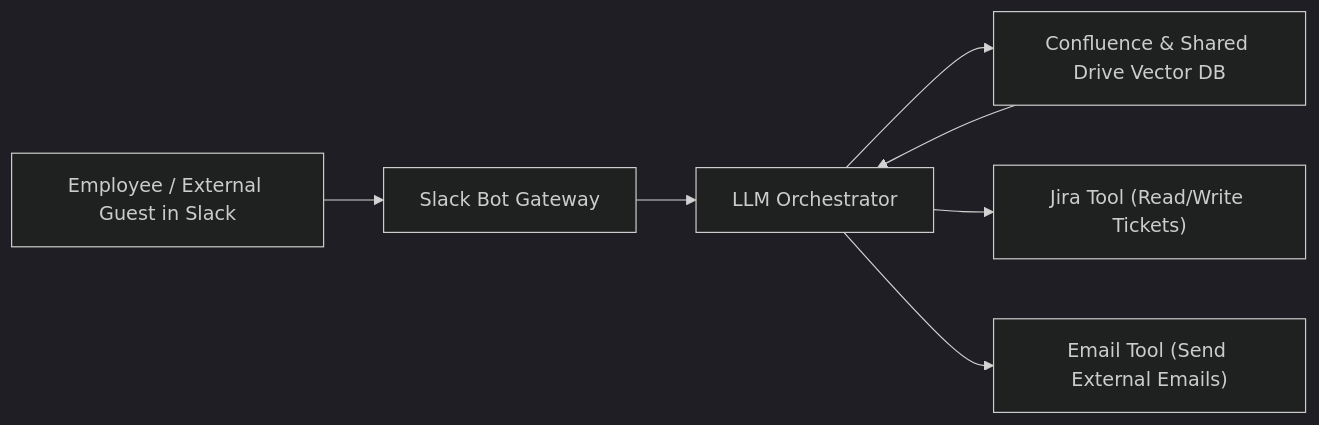
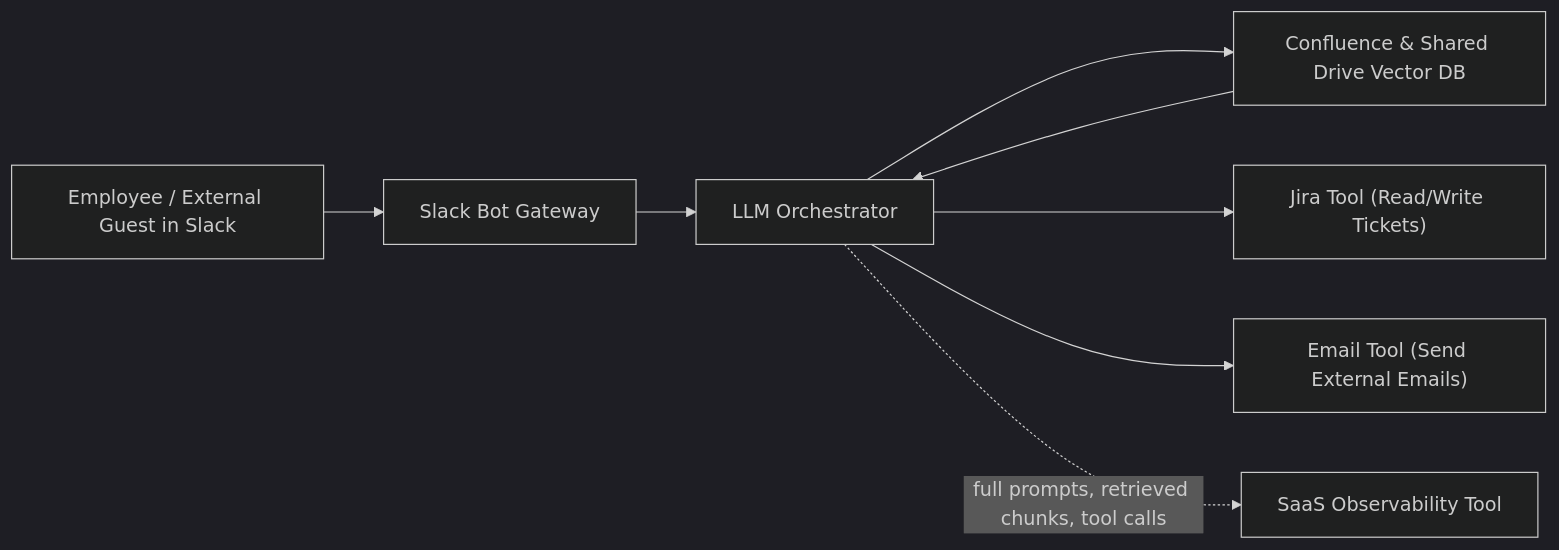
One commit to TheTiriRiri/llm-evals-observability-security changed the diagram in workshop_labs/lab4_threat_modeling/architecture.md. Above: the diagram before and after it, drawn with Mermaid (dark theme). The commit also changed other lines of this file and 49 other files, not shown here.

````diff
--- a/workshop_labs/lab4_threat_modeling/architecture.md
+++ b/workshop_labs/lab4_threat_modeling/architecture.md
@@ -3,9 +3,10 @@
 ```mermaid
 flowchart LR
     U["Employee / External Guest in Slack"] --> BOT["Slack Bot Gateway"]
     BOT --> LLM["LLM Orchestrator"]
     LLM --> RAG["Confluence & Shared Drive Vector DB"]
     LLM --> JIRA["Jira Tool (Read/Write Tickets)"]
     LLM --> EMAIL["Email Tool (Send External Emails)"]
     RAG --> LLM
+    LLM -. "full prompts, retrieved chunks, tool calls" .-> OBS["SaaS Observability Tool"]
 ```
````
